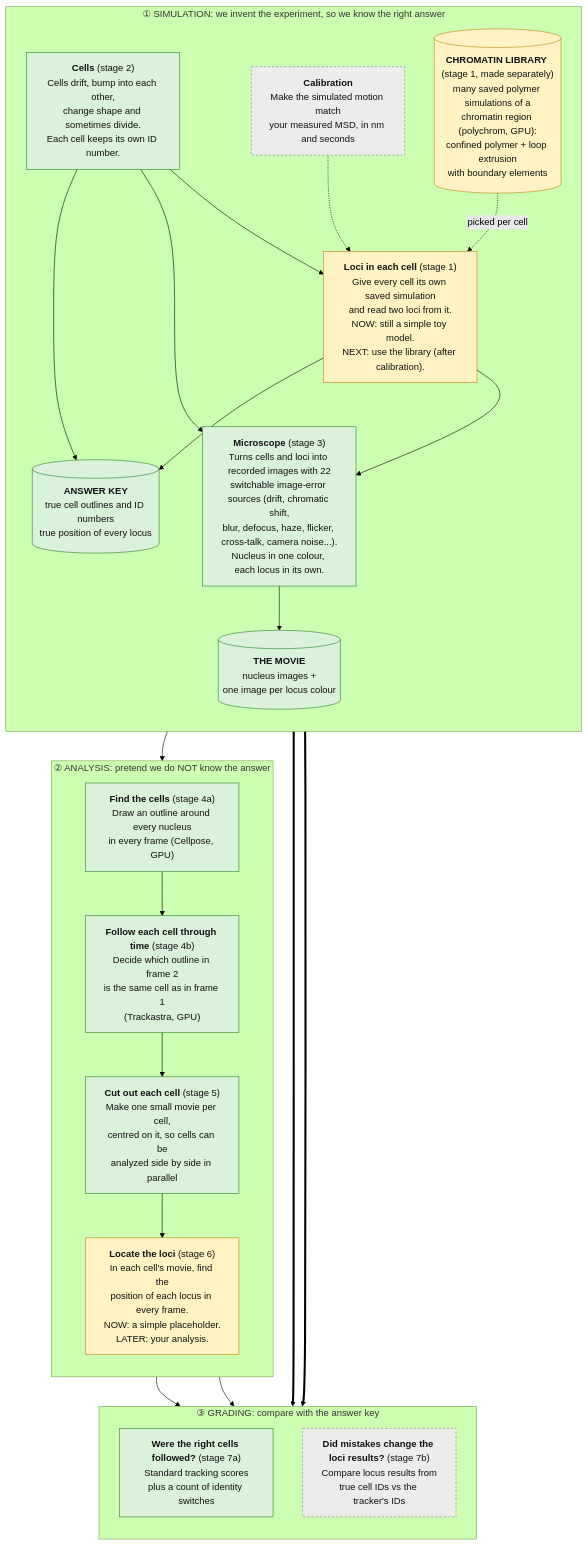
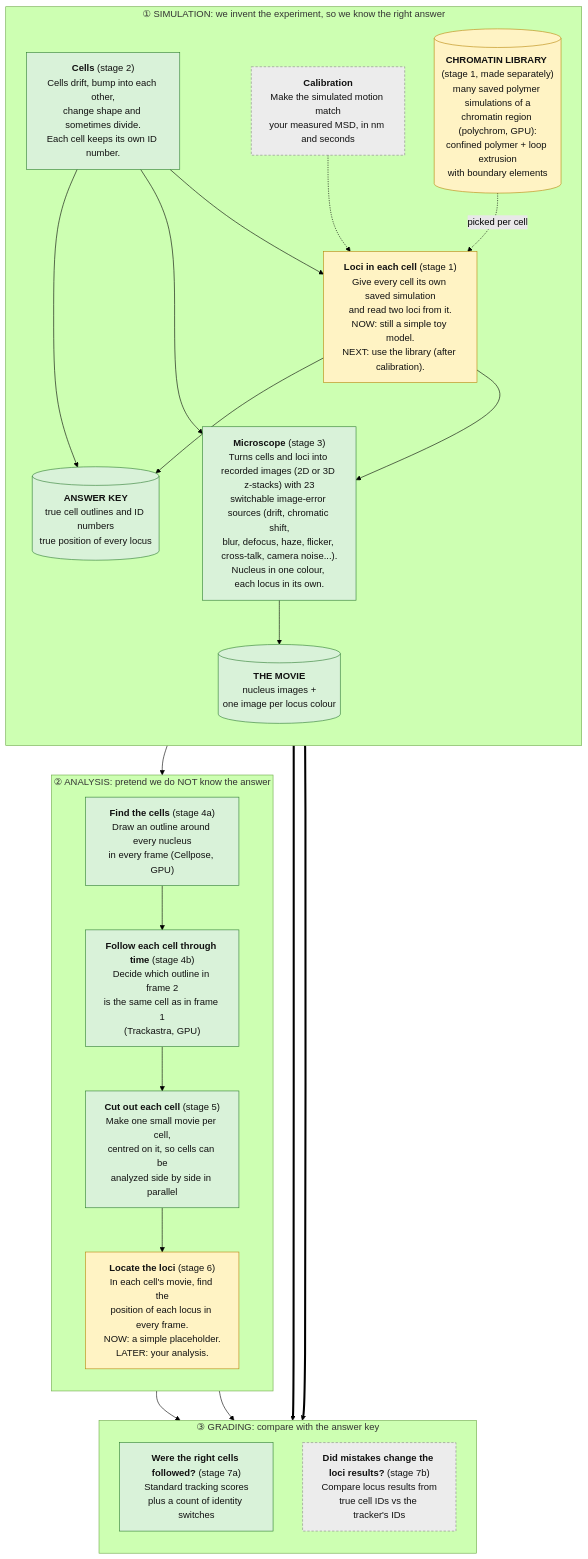
The second of 5 diagrams in docs/ARCHITECTURE.md (CHB-Bohrer/Sim_Live_Cell_Analysis), drawn with Mermaid (forest theme) before and after one commit. The commit also changed 19 other files, not shown here.

Commit message:
Calibration from simulated dark frames, flat-field slide and bead slide (blind estimators, estimate-vs-truth table, correction applied to the movie); 3D z-stacks in the dashboard (Images tab slices, side views; Calibration tab; sidebar controls); docs

````diff
--- a/docs/ARCHITECTURE.md
+++ b/docs/ARCHITECTURE.md
@@ -36,45 +36,45 @@
 ```mermaid
 flowchart TD
     subgraph SIM["① SIMULATION: we invent the experiment, so we know the right answer"]
         direction TB
         S2["<b>Cells</b> (stage 2)<br/>Cells drift, bump into each other,<br/>change shape and sometimes divide.<br/>Each cell keeps its own ID number."]:::built
         LIB[("<b>CHROMATIN LIBRARY</b> (stage 1, made separately)<br/>many saved polymer simulations of a<br/>chromatin region (polychrom, GPU):<br/>confined polymer + loop extrusion<br/>with boundary elements")]:::standin
         S1["<b>Loci in each cell</b> (stage 1)<br/>Give every cell its own saved simulation<br/>and read two loci from it.<br/>NOW: still a simple toy model.<br/>NEXT: use the library (after calibration)."]:::standin
         CAL["<b>Calibration</b><br/>Make the simulated motion match<br/>your measured MSD, in nm and seconds"]:::planned
-        S3["<b>Microscope</b> (stage 3)<br/>Turns cells and loci into recorded images with 22<br/>switchable image-error sources (drift, chromatic shift,<br/>blur, defocus, haze, flicker, cross-talk, camera noise...).<br/>Nucleus in one colour, each locus in its own."]:::built
+        S3["<b>Microscope</b> (stage 3)<br/>Turns cells and loci into recorded images (2D or 3D z-stacks) with 23<br/>switchable image-error sources (drift, chromatic shift,<br/>blur, defocus, haze, flicker, cross-talk, camera noise...).<br/>Nucleus in one colour, each locus in its own."]:::built
         TRUTH[("<b>ANSWER KEY</b><br/>true cell outlines and ID numbers<br/>true position of every locus")]:::built
         MOVIE[("<b>THE MOVIE</b><br/>nucleus images +<br/>one image per locus colour")]:::built
     end
 
     subgraph ANA["② ANALYSIS: pretend we do NOT know the answer"]
         direction TB
         S4A["<b>Find the cells</b> (stage 4a)<br/>Draw an outline around every nucleus<br/>in every frame (Cellpose, GPU)"]:::built
         S4B["<b>Follow each cell through time</b> (stage 4b)<br/>Decide which outline in frame 2<br/>is the same cell as in frame 1<br/>(Trackastra, GPU)"]:::built
         S5["<b>Cut out each cell</b> (stage 5)<br/>Make one small movie per cell,<br/>centred on it, so cells can be<br/>analyzed side by side in parallel"]:::built
         S6["<b>Locate the loci</b> (stage 6)<br/>In each cell's movie, find the<br/>position of each locus in every frame.<br/>NOW: a simple placeholder.<br/>LATER: your analysis."]:::standin
     end
 
     subgraph GRADE["③ GRADING: compare with the answer key"]
         direction TB
         S7A["<b>Were the right cells followed?</b> (stage 7a)<br/>Standard tracking scores<br/>plus a count of identity switches"]:::built
         S7B["<b>Did mistakes change the loci results?</b> (stage 7b)<br/>Compare locus results from<br/>true cell IDs vs the tracker's IDs"]:::planned
     end
 
     CAL -.-> S1
     LIB -.->|"picked per cell"| S1
     S2 --> S1
     S1 --> S3
     S2 --> S3
     S3 --> MOVIE
     S2 --> TRUTH
     S1 --> TRUTH
     MOVIE --> S4A --> S4B --> S5 --> S6
     S4B --> S7A
     S6 --> S7B
     TRUTH ==> S7A
     TRUTH ==> S7B
 
     classDef built fill:#d9f2d9,stroke:#2e7d32,color:#111;
     classDef standin fill:#fff3c4,stroke:#b8860b,color:#111;
     classDef planned fill:#ececec,stroke:#888,stroke-dasharray: 4 3,color:#111;
 ```
````
